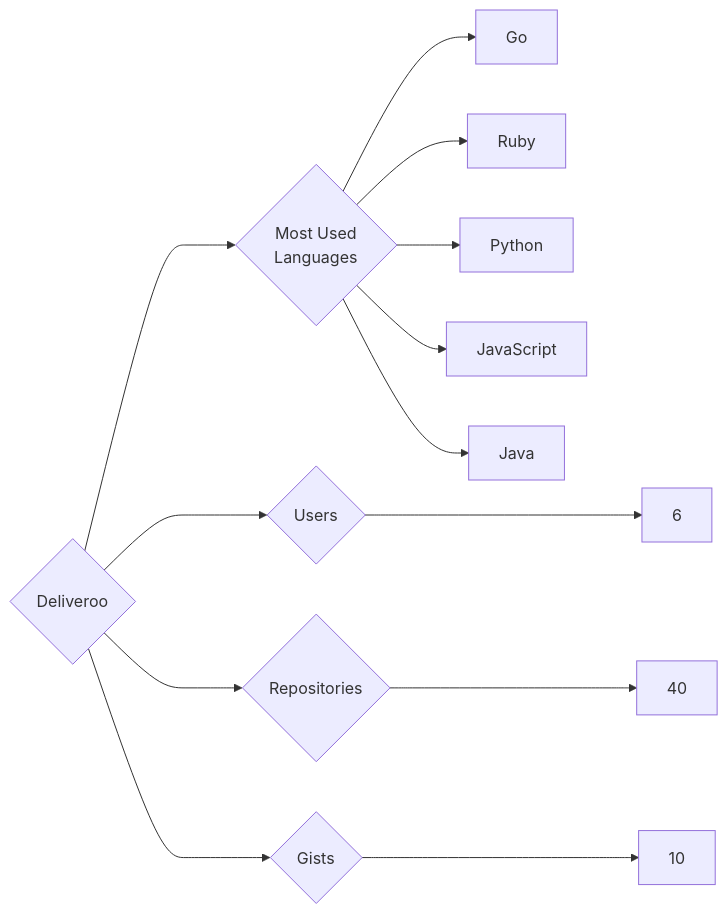
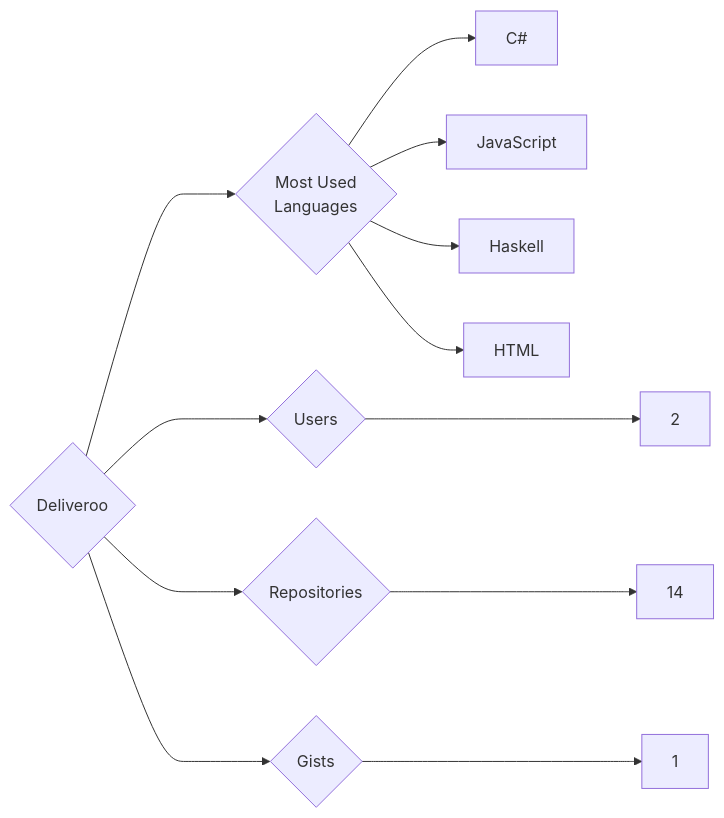
The diagram in targets/Deliveroo/README.md (trickest/insiders), drawn with Mermaid before and after one commit. The commit also changed 857 other files, not shown here.

````diff
--- a/targets/Deliveroo/README.md
+++ b/targets/Deliveroo/README.md
@@ -3,13 +3,12 @@
 ```mermaid
 graph LR
 COMPANY_NAME{Deliveroo}
-COMPANY_NAME ---> U{Users} ---> UN[6]
-COMPANY_NAME ---> R{Repositories} ---> RN[40]
-COMPANY_NAME ---> G{Gists} ---> GN[10]
+COMPANY_NAME ---> U{Users} ---> UN[2]
+COMPANY_NAME ---> R{Repositories} ---> RN[14]
+COMPANY_NAME ---> G{Gists} ---> GN[1]
 COMPANY_NAME ---> ML{Most Used<br>Languages}
-ML --> Go[Go]
-ML --> Ruby[Ruby]
-ML --> Python[Python]
+ML --> C#[C#]
 ML --> JavaScript[JavaScript]
-ML --> Java[Java]
+ML --> Haskell[Haskell]
+ML --> HTML[HTML]
 ```
````
